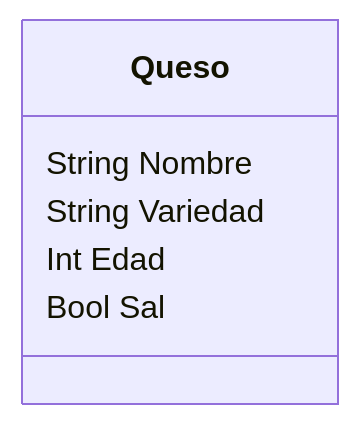
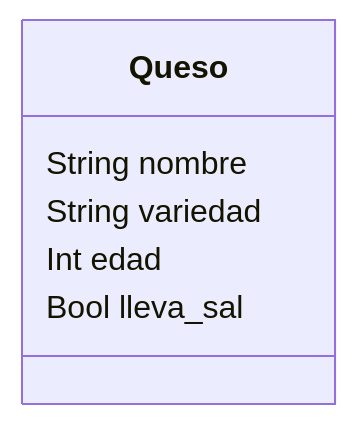
One commit to PatoAparicio/psg-oop-2025 changed the second of 2 diagrams in retos_sesion_02/ejercicio_02.md. Above: the diagram before and after it, drawn with Mermaid. The commit also changed other lines of this file and 6 other files, not shown here.

````diff
--- a/retos_sesion_02/ejercicio_02.md
+++ b/retos_sesion_02/ejercicio_02.md
@@ -46,9 +69,9 @@
 ```mermaid
 classDiagram
     class Queso {
-        String Nombre
-        String Variedad
-        Int Edad
-        Bool Sal
+        String nombre
+        String variedad
+        Int edad
+        Bool lleva_sal
     }
 ```
````
